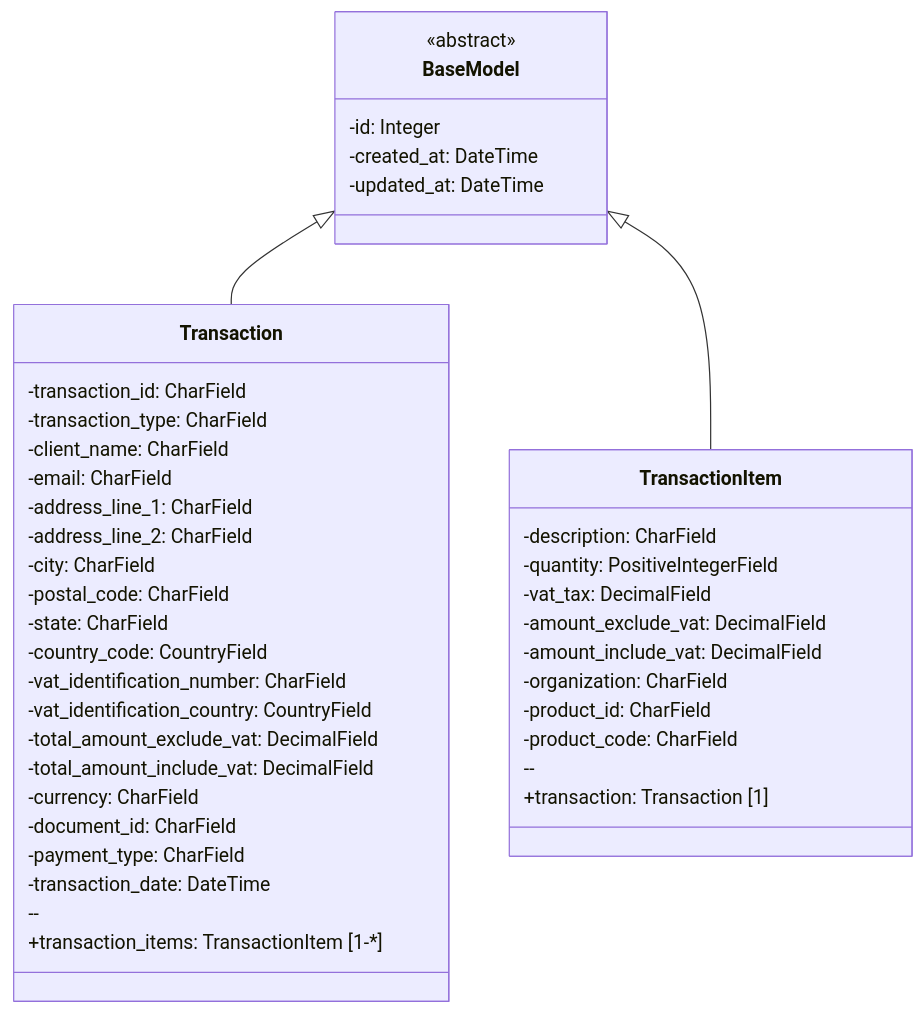
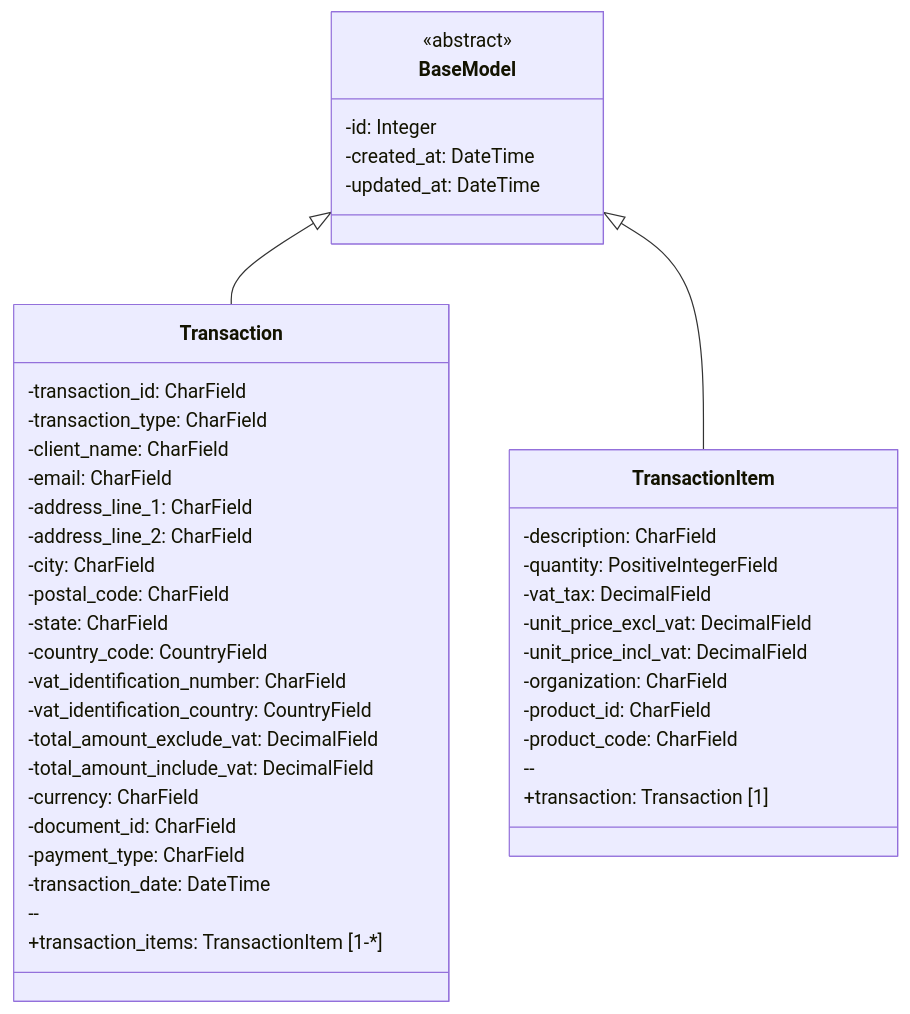
The diagram in apps/billing/README.md (fccn/nau-financial-manager), drawn with Mermaid before and after one commit. The commit also changed 7 other files, not shown here.

````diff
--- a/apps/billing/README.md
+++ b/apps/billing/README.md
@@ -8,45 +8,45 @@
 ```mermaid
 classDiagram
     class BaseModel {
         <<abstract>>
         -id: Integer
         -created_at: DateTime
         -updated_at: DateTime
     }
     class Transaction {
         -transaction_id: CharField
         -transaction_type: CharField
         -client_name: CharField
         -email: CharField
         -address_line_1: CharField
         -address_line_2: CharField
         -city: CharField
         -postal_code: CharField
         -state: CharField
         -country_code: CountryField
         -vat_identification_number: CharField
         -vat_identification_country: CountryField
         -total_amount_exclude_vat: DecimalField
         -total_amount_include_vat: DecimalField
         -currency: CharField
         -document_id: CharField
         -payment_type: CharField
         -transaction_date: DateTime
         --
         +transaction_items: TransactionItem [1-*]
     }
     class TransactionItem {
         -description: CharField
         -quantity: PositiveIntegerField
         -vat_tax: DecimalField
-        -amount_exclude_vat: DecimalField
-        -amount_include_vat: DecimalField
+        -unit_price_excl_vat: DecimalField
+        -unit_price_incl_vat: DecimalField
         -organization: CharField
         -product_id: CharField
         -product_code: CharField
         --
         +transaction: Transaction [1]
     }
     BaseModel <|-- Transaction
     BaseModel <|-- TransactionItem
 ```
````
